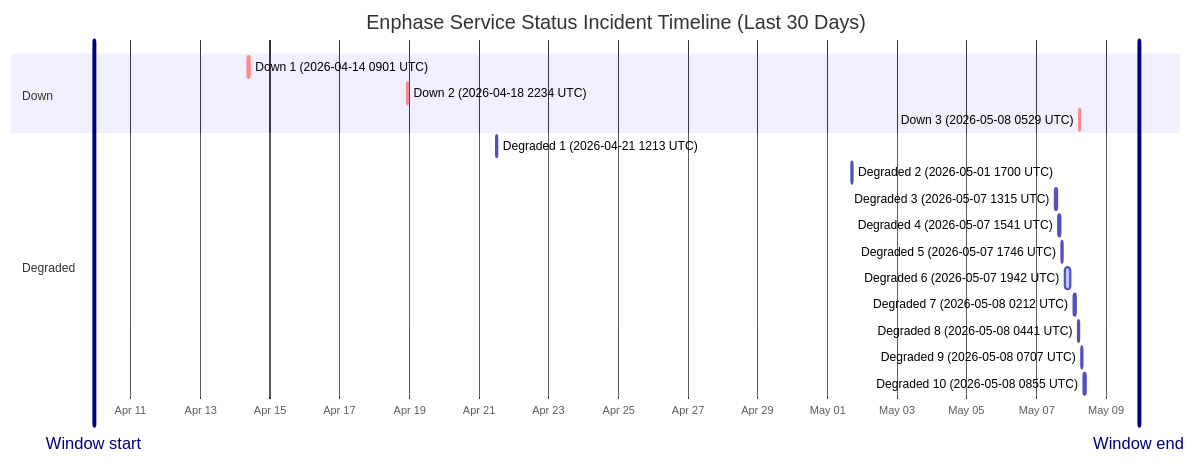
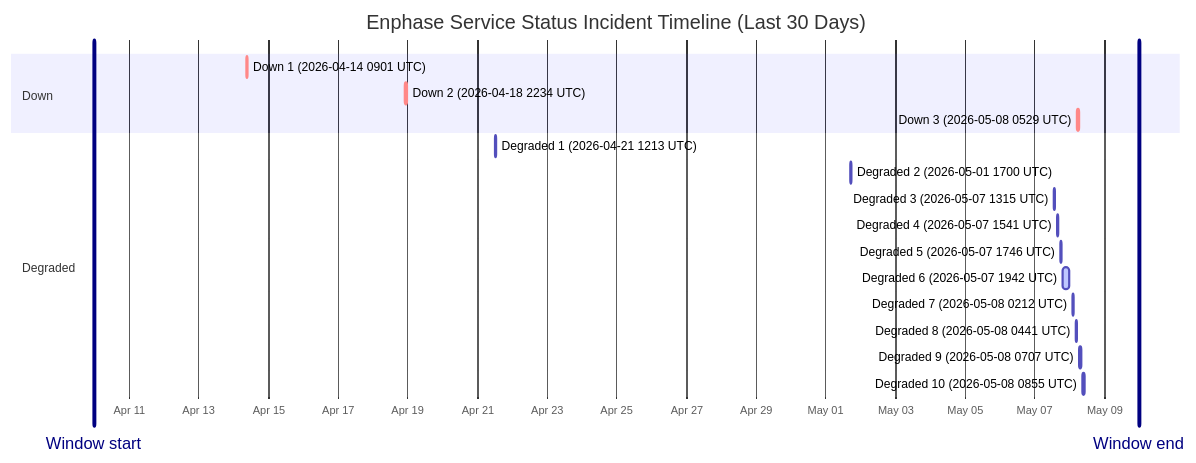
Before and after one commit to barneyonline/ha-enphase-ev-charger: the diagram in wiki/Service-Status-History.md, drawn with Mermaid. The commit also changed other lines of this file and 3 other files, not shown here.

````diff
--- a/wiki/Service-Status-History.md
+++ b/wiki/Service-Status-History.md
@@ -14,23 +14,23 @@
 ```mermaid
 gantt
     title Enphase Service Status Incident Timeline (Last 30 Days)
     dateFormat  YYYY-MM-DDTHH:mm:ss
     axisFormat  %b %d
-    Window start :vert, window-start, 2026-04-09T22:42:08, 0ms
-    Window end :vert, window-end, 2026-05-09T22:42:08, 0ms
+    Window start :vert, window-start, 2026-04-09T23:47:50, 0ms
+    Window end :vert, window-end, 2026-05-09T23:47:50, 0ms
     section Down
     Down 1 (2026-04-14 0901 UTC) :crit, down-1, 2026-04-14T09:01:13, 60m
     Down 2 (2026-04-18 2234 UTC) :crit, down-2, 2026-04-18T22:34:13, 60m
     Down 3 (2026-05-08 0529 UTC) :crit, down-3, 2026-05-08T05:29:47, 60m
     section Degraded
     Degraded 1 (2026-04-21 1213 UTC) :active, degraded-1, 2026-04-21T12:13:11, 60m
     Degraded 2 (2026-05-01 1700 UTC) :active, degraded-2, 2026-05-01T17:00:22, 60m
     Degraded 3 (2026-05-07 1315 UTC) :active, degraded-3, 2026-05-07T13:15:25, 60m
     Degraded 4 (2026-05-07 1541 UTC) :active, degraded-4, 2026-05-07T15:41:58, 60m
     Degraded 5 (2026-05-07 1746 UTC) :active, degraded-5, 2026-05-07T17:46:51, 60m
     Degraded 6 (2026-05-07 1942 UTC) :active, degraded-6, 2026-05-07T19:42:10, 249m
     Degraded 7 (2026-05-08 0212 UTC) :active, degraded-7, 2026-05-08T02:12:39, 60m
     Degraded 8 (2026-05-08 0441 UTC) :active, degraded-8, 2026-05-08T04:41:46, 60m
     Degraded 9 (2026-05-08 0707 UTC) :active, degraded-9, 2026-05-08T07:07:30, 60m
     Degraded 10 (2026-05-08 0855 UTC) :active, degraded-10, 2026-05-08T08:55:20, 88m
 ```
````
